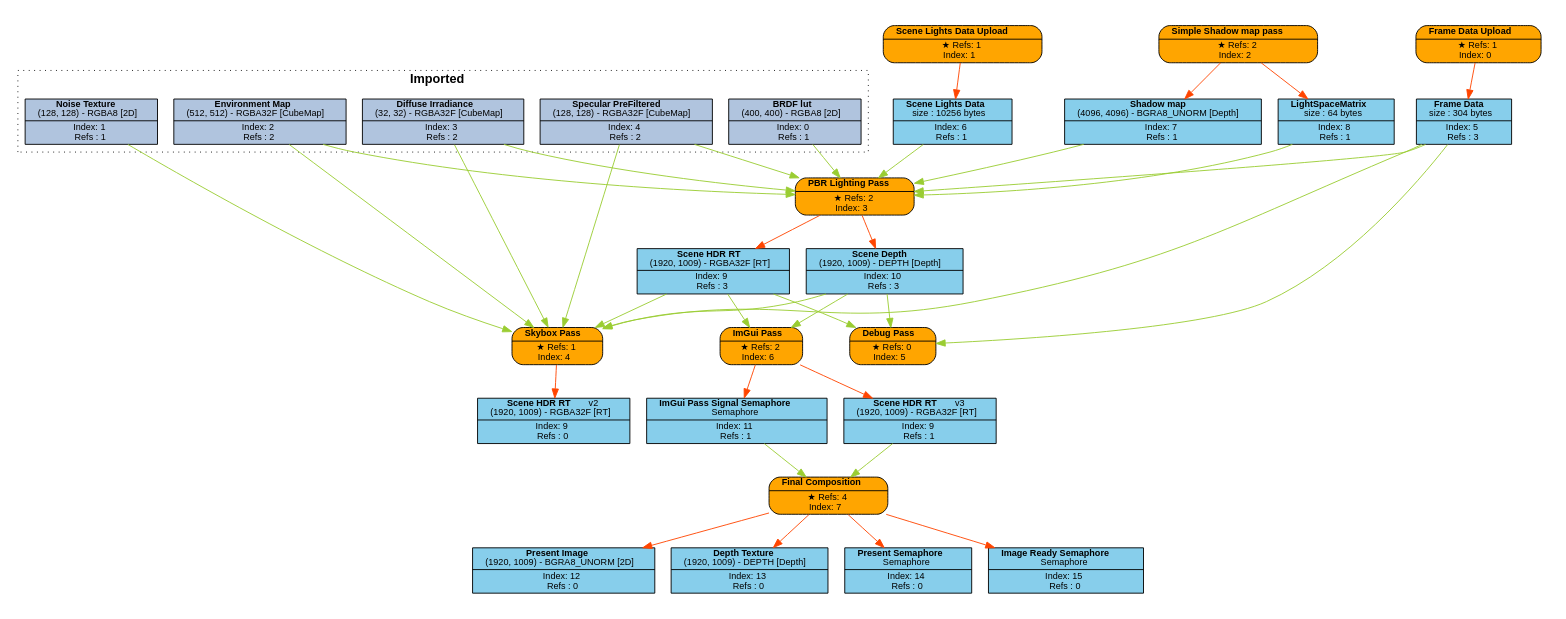
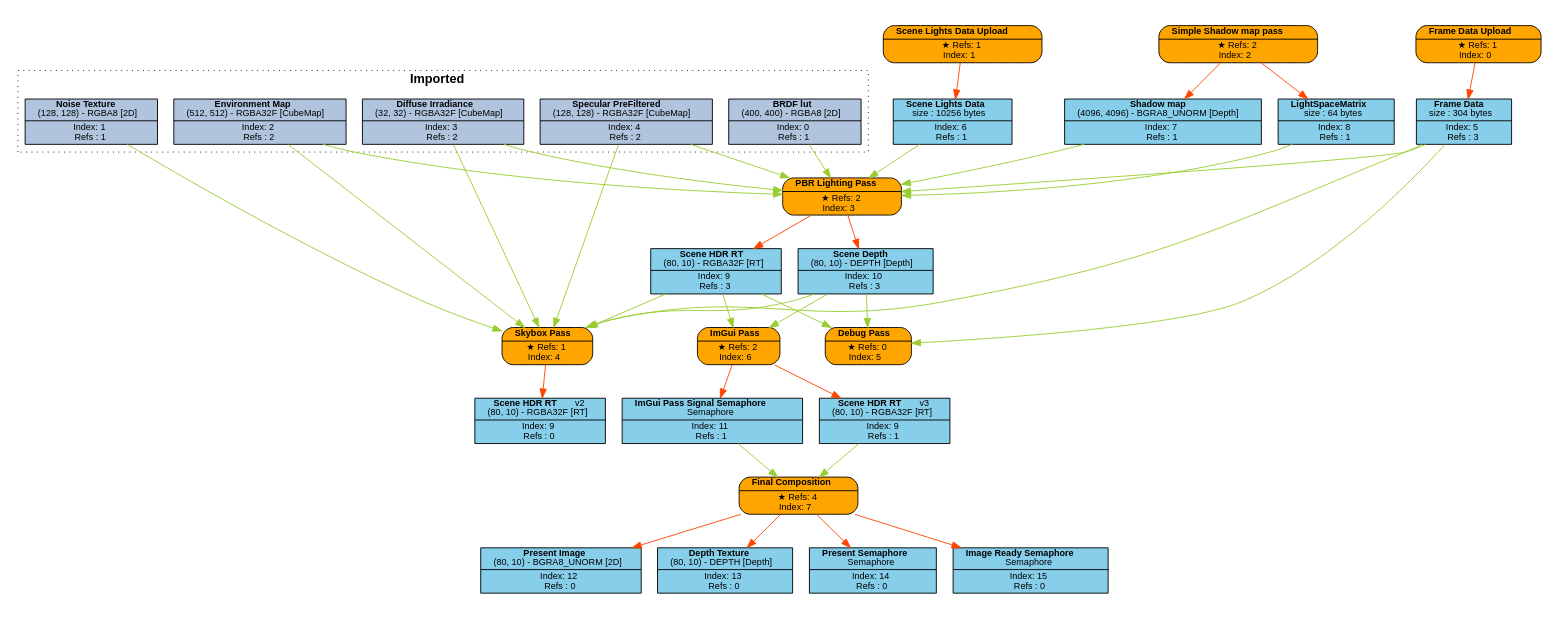
The diagram in Engine/content/FrameGraphs/pbr_lighting_test.dot (Pikachuxxxx/Razix), drawn with Graphviz before and after one commit. The commit also changed 53 other files, not shown here.

```diff
--- a/Engine/content/FrameGraphs/pbr_lighting_test.dot
+++ b/Engine/content/FrameGraphs/pbr_lighting_test.dot
@@ -1,91 +1,91 @@
 digraph FrameGraph {
 graph [style=invis, rankdir="TB" ordering=out, splines=spline]
 node [shape=record, fontname="helvetica", fontsize=10, margin="0.2,0.03"]
 
 P0 [label=<{ {<B>Frame Data Upload</B>} | {&#x2605; Refs: 1<BR/> Index: 0} }> style="rounded,filled", fillcolor=orange]
 P1 [label=<{ {<B>Scene Lights Data Upload</B>} | {&#x2605; Refs: 1<BR/> Index: 1} }> style="rounded,filled", fillcolor=orange]
 P2 [label=<{ {<B>Simple Shadow map pass</B>} | {&#x2605; Refs: 2<BR/> Index: 2} }> style="rounded,filled", fillcolor=orange]
 P3 [label=<{ {<B>PBR Lighting Pass</B>} | {&#x2605; Refs: 2<BR/> Index: 3} }> style="rounded,filled", fillcolor=orange]
 P4 [label=<{ {<B>Skybox Pass</B>} | {&#x2605; Refs: 1<BR/> Index: 4} }> style="rounded,filled", fillcolor=orange]
 P5 [label=<{ {<B>Debug Pass</B>} | {&#x2605; Refs: 0<BR/> Index: 5} }> style="rounded,filled", fillcolor=orange]
 P6 [label=<{ {<B>ImGui Pass</B>} | {&#x2605; Refs: 2<BR/> Index: 6} }> style="rounded,filled", fillcolor=orange]
 P7 [label=<{ {<B>Final Composition</B>} | {&#x2605; Refs: 4<BR/> Index: 7} }> style="rounded,filled", fillcolor=orange]
 
 R0_1 [label=<{ {<B>BRDF lut</B><BR/>(400, 400) - RGBA8 [2D]} | {Index: 0<BR/>Refs : 1} }> style=filled, fillcolor=lightsteelblue]
 R1_1 [label=<{ {<B>Noise Texture</B><BR/>(128, 128) - RGBA8 [2D]} | {Index: 1<BR/>Refs : 1} }> style=filled, fillcolor=lightsteelblue]
 R2_1 [label=<{ {<B>Environment Map</B><BR/>(512, 512) - RGBA32F [CubeMap]} | {Index: 2<BR/>Refs : 2} }> style=filled, fillcolor=lightsteelblue]
 R3_1 [label=<{ {<B>Diffuse Irradiance</B><BR/>(32, 32) - RGBA32F [CubeMap]} | {Index: 3<BR/>Refs : 2} }> style=filled, fillcolor=lightsteelblue]
 R4_1 [label=<{ {<B>Specular PreFiltered</B><BR/>(128, 128) - RGBA32F [CubeMap]} | {Index: 4<BR/>Refs : 2} }> style=filled, fillcolor=lightsteelblue]
 R5_1 [label=<{ {<B>Frame Data</B><BR/>size : 304 bytes} | {Index: 5<BR/>Refs : 3} }> style=filled, fillcolor=skyblue]
 R6_1 [label=<{ {<B>Scene Lights Data</B><BR/>size : 10256 bytes} | {Index: 6<BR/>Refs : 1} }> style=filled, fillcolor=skyblue]
 R7_1 [label=<{ {<B>Shadow map</B><BR/>(4096, 4096) - BGRA8_UNORM [Depth]} | {Index: 7<BR/>Refs : 1} }> style=filled, fillcolor=skyblue]
 R8_1 [label=<{ {<B>LightSpaceMatrix</B><BR/>size : 64 bytes} | {Index: 8<BR/>Refs : 1} }> style=filled, fillcolor=skyblue]
-R9_1 [label=<{ {<B>Scene HDR RT</B><BR/>(1920, 1009) - RGBA32F [RT]} | {Index: 9<BR/>Refs : 3} }> style=filled, fillcolor=skyblue]
-R10_1 [label=<{ {<B>Scene Depth</B><BR/>(1920, 1009) - DEPTH [Depth]} | {Index: 10<BR/>Refs : 3} }> style=filled, fillcolor=skyblue]
-R9_2 [label=<{ {<B>Scene HDR RT</B>   <FONT>v2</FONT><BR/>(1920, 1009) - RGBA32F [RT]} | {Index: 9<BR/>Refs : 0} }> style=filled, fillcolor=skyblue]
+R9_1 [label=<{ {<B>Scene HDR RT</B><BR/>(80, 10) - RGBA32F [RT]} | {Index: 9<BR/>Refs : 3} }> style=filled, fillcolor=skyblue]
+R10_1 [label=<{ {<B>Scene Depth</B><BR/>(80, 10) - DEPTH [Depth]} | {Index: 10<BR/>Refs : 3} }> style=filled, fillcolor=skyblue]
+R9_2 [label=<{ {<B>Scene HDR RT</B>   <FONT>v2</FONT><BR/>(80, 10) - RGBA32F [RT]} | {Index: 9<BR/>Refs : 0} }> style=filled, fillcolor=skyblue]
 R11_1 [label=<{ {<B>ImGui Pass Signal Semaphore</B><BR/>Semaphore} | {Index: 11<BR/>Refs : 1} }> style=filled, fillcolor=skyblue]
-R9_3 [label=<{ {<B>Scene HDR RT</B>   <FONT>v3</FONT><BR/>(1920, 1009) - RGBA32F [RT]} | {Index: 9<BR/>Refs : 1} }> style=filled, fillcolor=skyblue]
-R12_1 [label=<{ {<B>Present Image</B><BR/>(1920, 1009) - BGRA8_UNORM [2D]} | {Index: 12<BR/>Refs : 0} }> style=filled, fillcolor=skyblue]
-R13_1 [label=<{ {<B>Depth Texture</B><BR/>(1920, 1009) - DEPTH [Depth]} | {Index: 13<BR/>Refs : 0} }> style=filled, fillcolor=skyblue]
+R9_3 [label=<{ {<B>Scene HDR RT</B>   <FONT>v3</FONT><BR/>(80, 10) - RGBA32F [RT]} | {Index: 9<BR/>Refs : 1} }> style=filled, fillcolor=skyblue]
+R12_1 [label=<{ {<B>Present Image</B><BR/>(80, 10) - BGRA8_UNORM [2D]} | {Index: 12<BR/>Refs : 0} }> style=filled, fillcolor=skyblue]
+R13_1 [label=<{ {<B>Depth Texture</B><BR/>(80, 10) - DEPTH [Depth]} | {Index: 13<BR/>Refs : 0} }> style=filled, fillcolor=skyblue]
 R14_1 [label=<{ {<B>Present Semaphore</B><BR/>Semaphore} | {Index: 14<BR/>Refs : 0} }> style=filled, fillcolor=skyblue]
 R15_1 [label=<{ {<B>Image Ready Semaphore</B><BR/>Semaphore} | {Index: 15<BR/>Refs : 0} }> style=filled, fillcolor=skyblue]
 
 P0 -> { R5_1 } [color=orangered]
 P1 -> { R6_1 } [color=orangered]
 P2 -> { R7_1 R8_1 } [color=orangered]
 P3 -> { R9_1 R10_1 } [color=orangered]
 P4 -> { R9_2 } [color=orangered]
 P5 -> { } [color=orangered]
 P6 -> { R9_3 R11_1 } [color=orangered]
 P7 -> { R12_1 R13_1 R14_1 R15_1 } [color=orangered]
 
 R0_1 -> { P3 } [color=olivedrab3]
 R1_1 -> { P4 } [color=olivedrab3]
 R2_1 -> { P3 P4 } [color=olivedrab3]
 R3_1 -> { P3 P4 } [color=olivedrab3]
 R4_1 -> { P3 P4 } [color=olivedrab3]
 R5_1 -> { P3 P4 P5 } [color=olivedrab3]
 R6_1 -> { P3 } [color=olivedrab3]
 R7_1 -> { P3 } [color=olivedrab3]
 R8_1 -> { P3 } [color=olivedrab3]
 R9_1 -> { P4 P5 P6 } [color=olivedrab3]
 R10_1 -> { P4 P5 P6 } [color=olivedrab3]
 R9_2 -> { } [color=olivedrab3]
 R11_1 -> { P7 } [color=olivedrab3]
 R9_3 -> { P7 } [color=olivedrab3]
 R12_1 -> { } [color=olivedrab3]
 R13_1 -> { } [color=olivedrab3]
 R14_1 -> { } [color=olivedrab3]
 R15_1 -> { } [color=olivedrab3]
 
 subgraph cluster_0 {
 P0 R5_1 
 }
 subgraph cluster_1 {
 P1 R6_1 
 }
 subgraph cluster_2 {
 P2 R7_1 R8_1 
 }
 subgraph cluster_3 {
 P3 R9_1 R10_1 
 }
 subgraph cluster_4 {
 P4 
 }
 subgraph cluster_5 {
 P5 
 }
 subgraph cluster_6 {
 P6 R11_1 
 }
 subgraph cluster_7 {
 P7 R12_1 R13_1 R14_1 R15_1 
 }
 
 subgraph cluster_imported_resources {
 graph [style=dotted, fontname="helvetica", label=< <B>Imported</B> >]
 R0_1 R1_1 R2_1 R3_1 R4_1 
 }
 
 }
```
